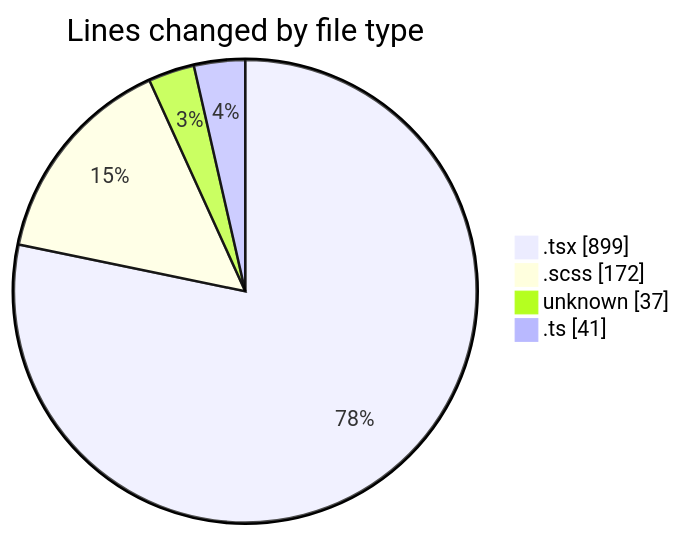
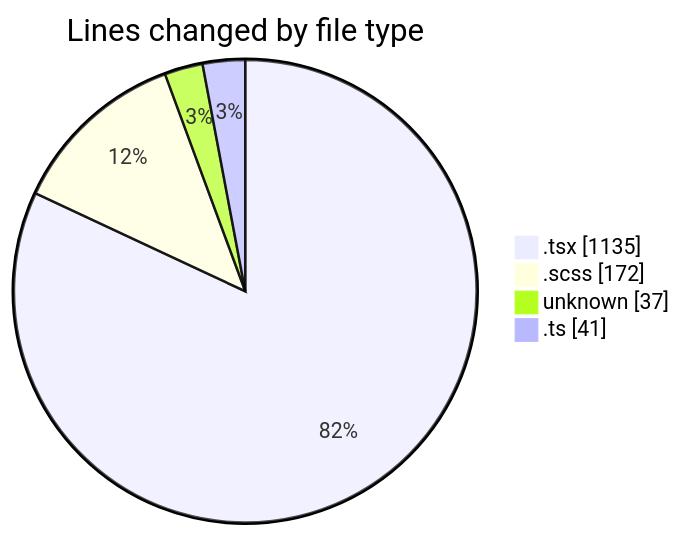
The first of 2 diagrams in 2025-09-16/cda/README.md (momahboobian/code-tracking), drawn with Mermaid before and after one commit. The commit also changed other lines of this file and 1 other file, not shown here.

````diff
--- a/2025-09-16/cda/README.md
+++ b/2025-09-16/cda/README.md
@@ -28,8 +28,8 @@
 ```mermaid
 pie showData
 title Lines changed by file type
-".tsx" : 899
+".tsx" : 1135
 ".scss" : 172
 "unknown" : 37
 ".ts" : 41
 ```
````
